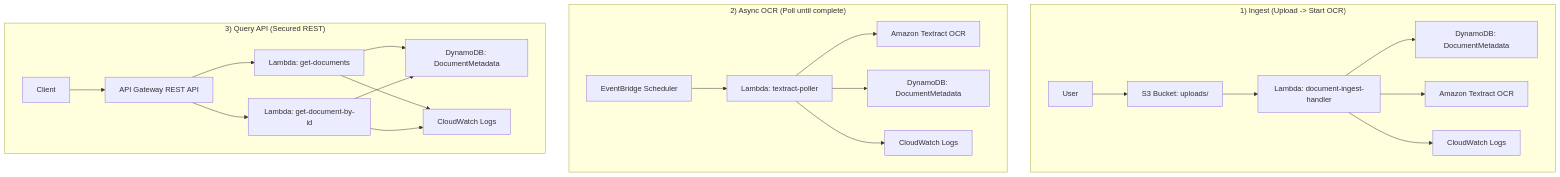
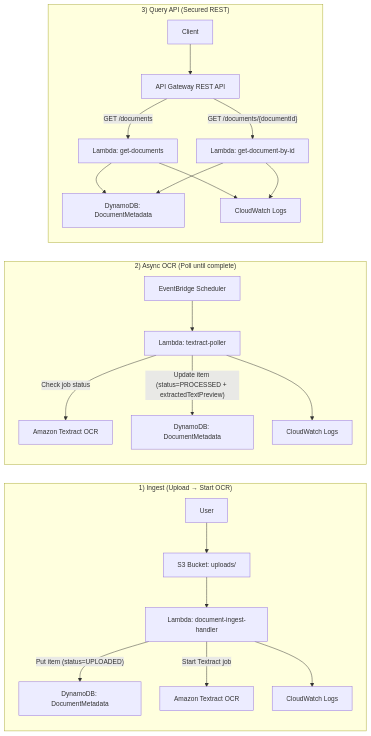
The diagram in README.md (YogithR/Serverless-Document-Processing-Pipeline-AWS-), drawn with Mermaid before and after one commit.

````diff
--- a/README.md
+++ b/README.md
@@ -12,31 +12,33 @@
 ```mermaid
-flowchart TB
+%%{init: {"flowchart": {"nodeSpacing": 40, "rankSpacing": 40, "curve": "basis"}, "themeVariables": {"fontSize": "14px"}} }%%
+flowchart LR
 
-subgraph ING["1) Ingest (Upload -> Start OCR)"]
-direction LR
+subgraph ING["1) Ingest (Upload → Start OCR)"]
+direction TB
 U[User] --> S3["S3 Bucket: uploads/"]
 S3 --> L1["Lambda: document-ingest-handler"]
-L1 --> DDB1["DynamoDB: DocumentMetadata"]
-L1 --> TX1["Amazon Textract OCR"]
+L1 -->|"Put item (status=UPLOADED)"| DDB1["DynamoDB: DocumentMetadata"]
+L1 -->|"Start Textract job"| TX1["Amazon Textract OCR"]
 L1 --> CW1["CloudWatch Logs"]
 end
 
 subgraph ASYNC["2) Async OCR (Poll until complete)"]
-direction LR
+direction TB
 EB["EventBridge Scheduler"] --> L2["Lambda: textract-poller"]
-L2 --> TX2["Amazon Textract OCR"]
-L2 --> DDB2["DynamoDB: DocumentMetadata"]
+L2 -->|"Check job status"| TX2["Amazon Textract OCR"]
+L2 -->|"Update item (status=PROCESSED + extractedTextPreview)"| DDB2["DynamoDB: DocumentMetadata"]
 L2 --> CW2["CloudWatch Logs"]
 end
 
 subgraph API["3) Query API (Secured REST)"]
-direction LR
+direction TB
 C[Client] --> APIGW["API Gateway REST API"]
-APIGW --> L3["Lambda: get-documents"]
-APIGW --> L4["Lambda: get-document-by-id"]
+APIGW -->|"GET /documents"| L3["Lambda: get-documents"]
+APIGW -->|"GET /documents/{documentId}"| L4["Lambda: get-document-by-id"]
 L3 --> DDB3["DynamoDB: DocumentMetadata"]
 L4 --> DDB3
 L3 --> CW3["CloudWatch Logs"]
 L4 --> CW3
 end
+
 ```
````
